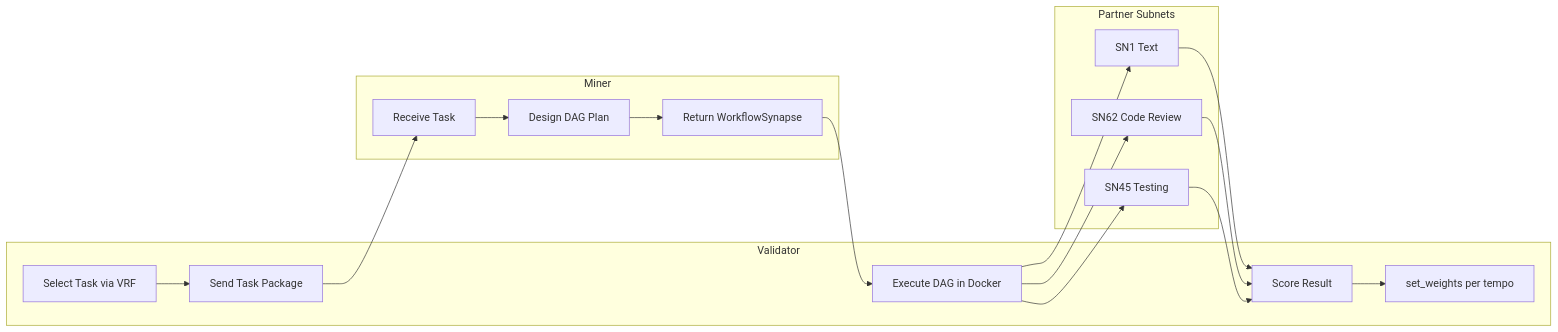
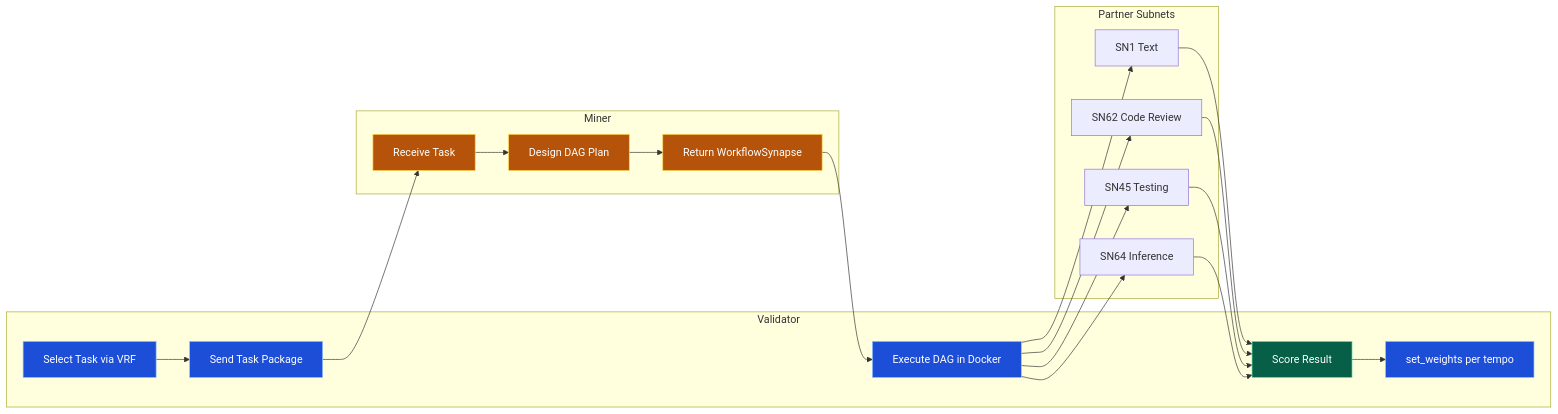
The first of 2 diagrams in readme.md (adysingh5711/C-SWON), drawn with Mermaid before and after one commit. The commit also changed other lines of this file, not shown here.

Commit message:
feat: updated video links

````diff
--- a/readme.md
+++ b/readme.md
@@ -51,26 +52,31 @@
 ```mermaid
 flowchart LR
+    classDef miner fill:#b45309,stroke:#fcd34d,color:#fff
+    classDef validator fill:#1d4ed8,stroke:#93c5fd,color:#fff
+    classDef formula fill:#065f46,stroke:#6ee7b7,color:#fff
+
     subgraph Validator
-        V1[Select Task via VRF]
-        V2[Send Task Package]
-        V5[Execute DAG in Docker]
-        V6[Score Result]
-        V7[set_weights per tempo]
+        V1[Select Task via VRF]:::validator
+        V2[Send Task Package]:::validator
+        V5[Execute DAG in Docker]:::validator
+        V6[Score Result]:::formula
+        V7[set_weights per tempo]:::validator
     end
 
     subgraph Miner
-        M1[Receive Task]
-        M2[Design DAG Plan]
-        M3[Return WorkflowSynapse]
+        M1[Receive Task]:::miner
+        M2[Design DAG Plan]:::miner
+        M3[Return WorkflowSynapse]:::miner
     end
 
     subgraph Partners["Partner Subnets"]
         SN1["SN1 Text"]
         SN62["SN62 Code Review"]
         SN45["SN45 Testing"]
+        SN64["SN64 Inference"]
     end
 
     V1 --> V2 --> M1 --> M2 --> M3 --> V5
-    V5 --> SN1 & SN62 & SN45
-    SN1 & SN62 & SN45 --> V6 --> V7
+    V5 --> SN1 & SN62 & SN45 & SN64
+    SN1 & SN62 & SN45 & SN64 --> V6 --> V7
 ```
````
